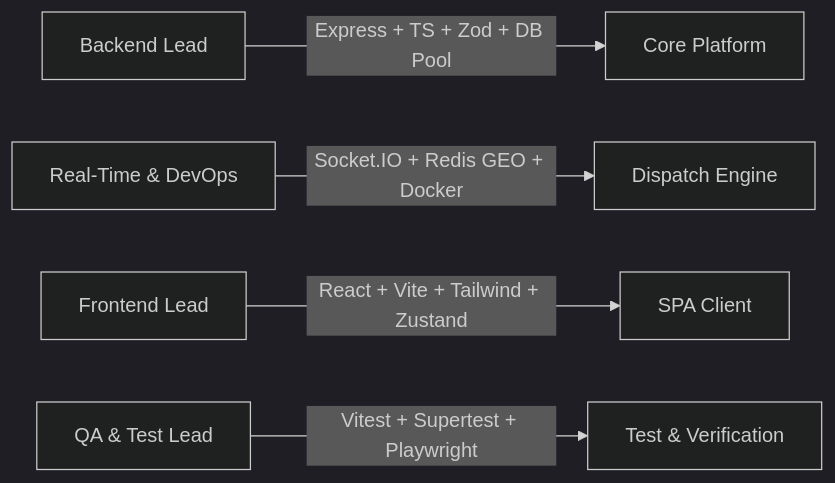
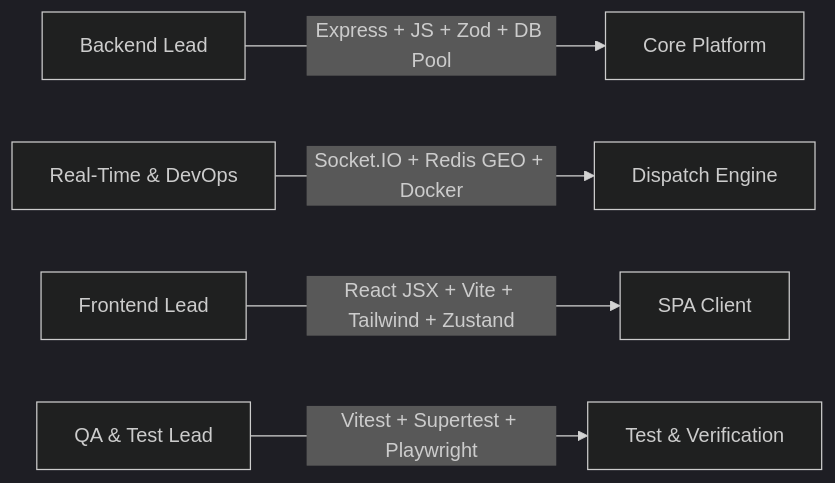
The second of 4 diagrams in PRODUCTION_MIGRATION_PLAN.md (aravind5423/CabGo), drawn with Mermaid (dark theme) before and after one commit. The commit also changed other lines of this file and 3 other files, not shown here.

````diff
--- a/PRODUCTION_MIGRATION_PLAN.md
+++ b/PRODUCTION_MIGRATION_PLAN.md
@@ -102,7 +103,7 @@
 ```mermaid
 flowchart LR
-    BE[Backend Lead] -->|Express + TS + Zod + DB Pool| Core[Core Platform]
+    BE[Backend Lead] -->|Express + JS + Zod + DB Pool| Core[Core Platform]
     RT[Real-Time & DevOps] -->|Socket.IO + Redis GEO + Docker| Engine[Dispatch Engine]
-    FE[Frontend Lead] -->|React + Vite + Tailwind + Zustand| UI[SPA Client]
+    FE[Frontend Lead] -->|React JSX + Vite + Tailwind + Zustand| UI[SPA Client]
     QA[QA & Test Lead] -->|Vitest + Supertest + Playwright| Test[Test & Verification]
 ```
````
